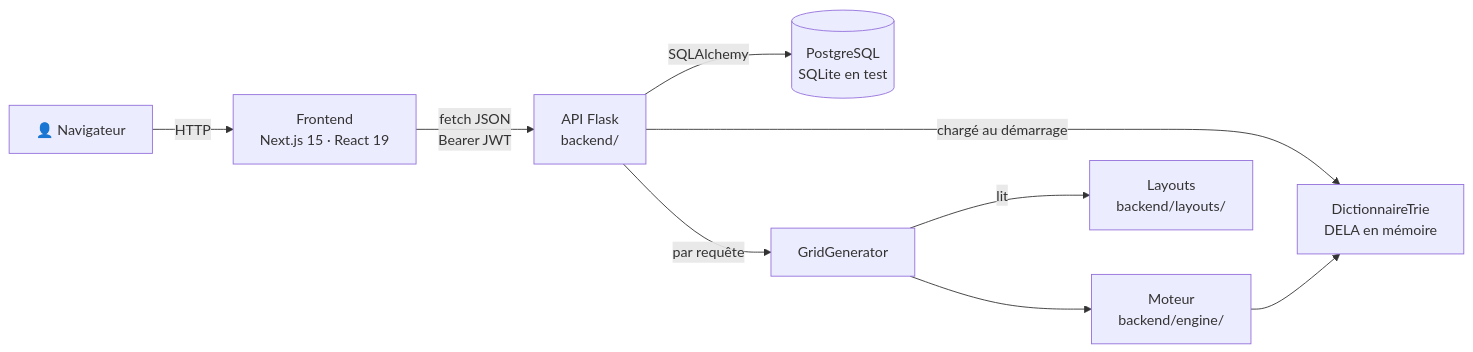
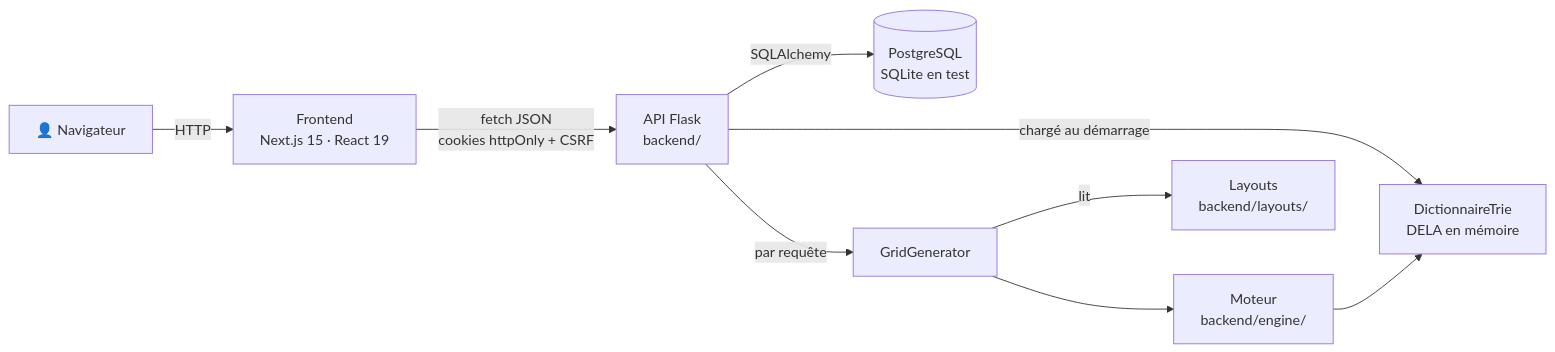
Before and after one commit to maximefd/terminator-app: the first of 3 diagrams in docs/ARCHITECTURE.md, drawn with Mermaid. The commit also changed other lines of this file and 4 other files, not shown here.

````diff
--- a/docs/ARCHITECTURE.md
+++ b/docs/ARCHITECTURE.md
@@ -12,11 +12,11 @@
 ```mermaid
 flowchart LR
     U[👤 Navigateur] -->|HTTP| F[Frontend<br/>Next.js 15 · React 19]
-    F -->|fetch JSON<br/>Bearer JWT| A[API Flask<br/>backend/]
+    F -->|fetch JSON<br/>cookies httpOnly + CSRF| A[API Flask<br/>backend/]
     A -->|SQLAlchemy| DB[(PostgreSQL<br/>SQLite en test)]
     A -->|chargé au démarrage| T[DictionnaireTrie<br/>DELA en mémoire]
     A -->|par requête| G[GridGenerator]
     G --> E[Moteur<br/>backend/engine/]
     E --> T
     G -->|lit| L[Layouts<br/>backend/layouts/]
 ```
````
